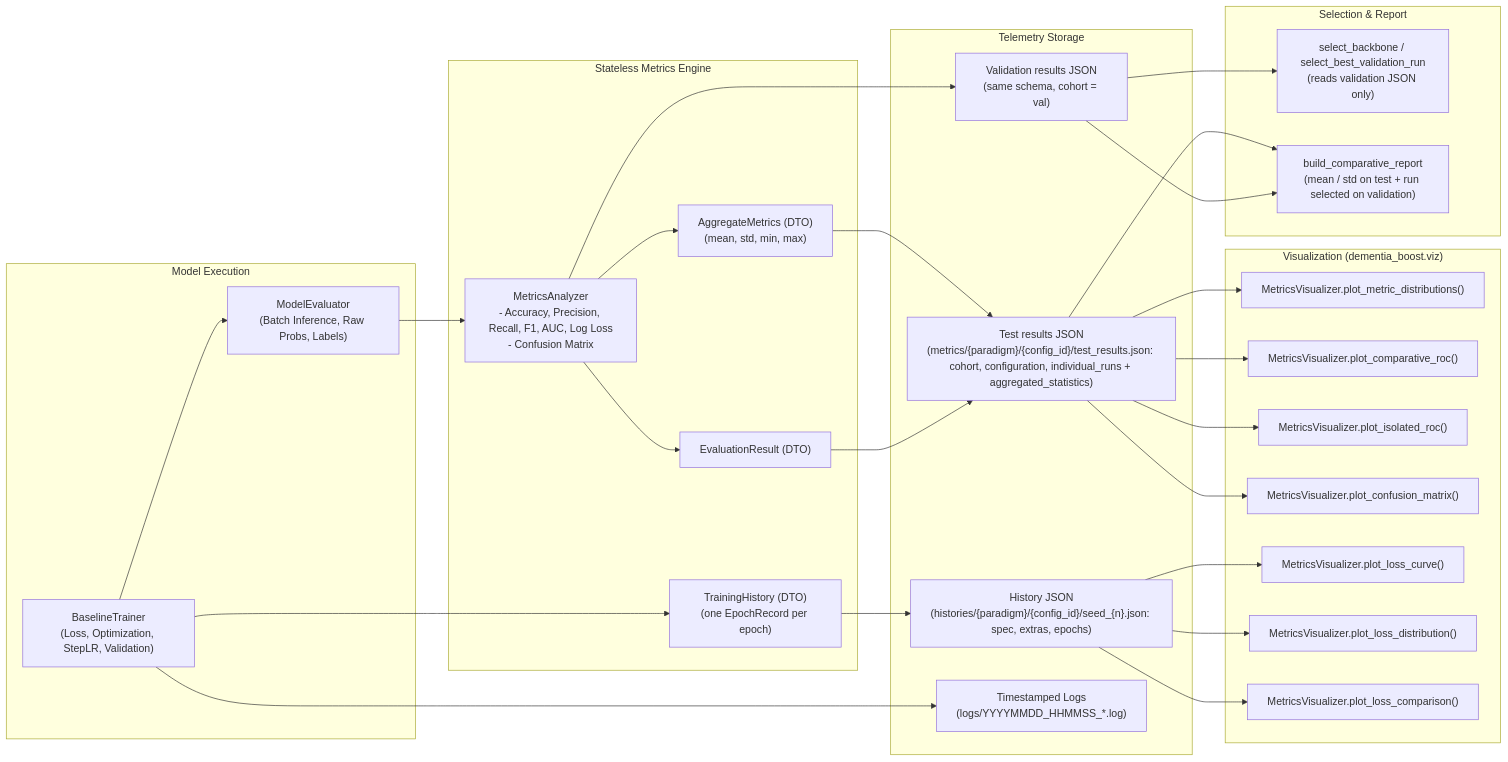
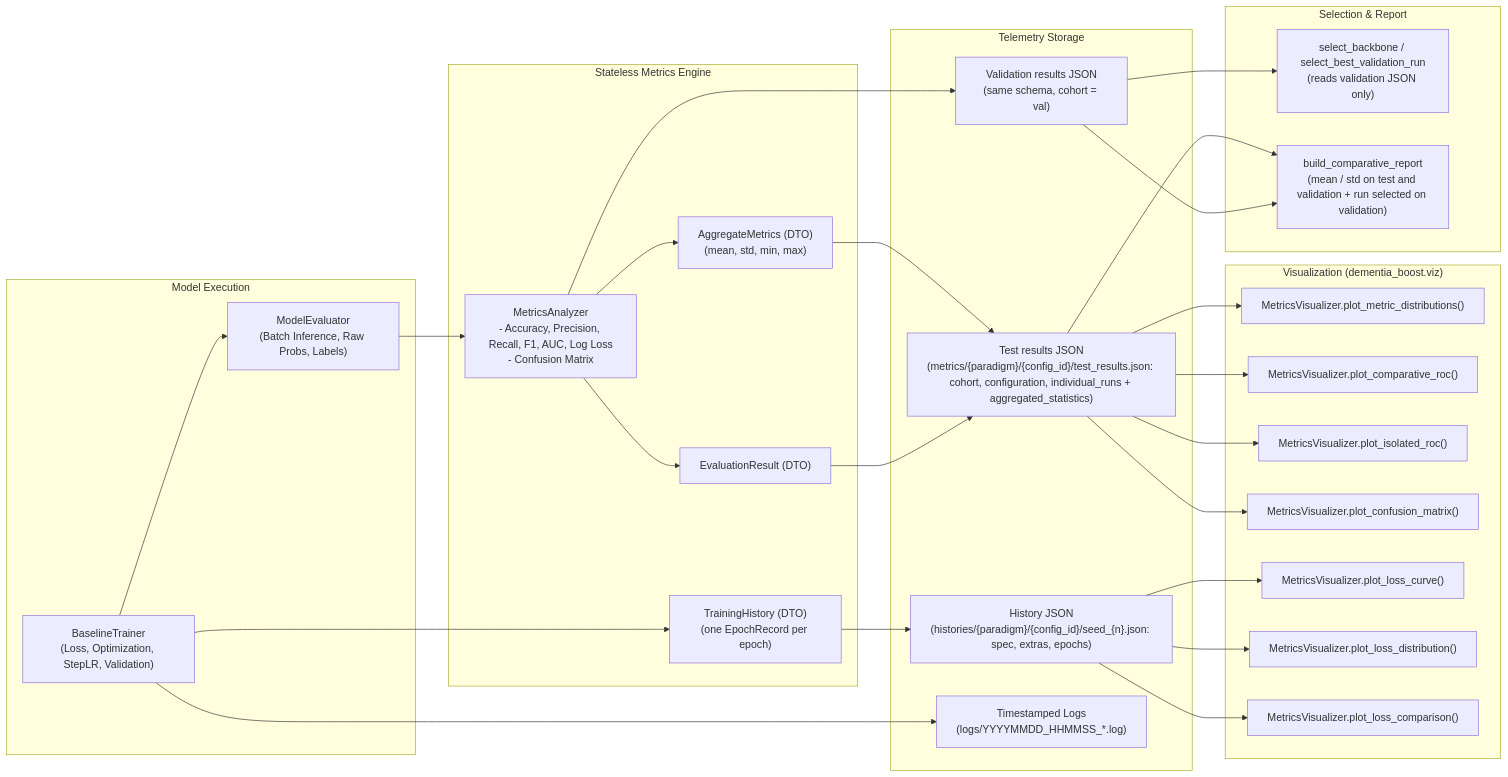
The sixth of 6 diagrams in docs/architecture.md (IC-QML-QTL-Dementia-Detection/dementia-boost), drawn with Mermaid before and after one commit. The commit also changed other lines of this file and 6 other files, not shown here.

````diff
--- a/docs/architecture.md
+++ b/docs/architecture.md
@@ -321,54 +321,54 @@
 ```mermaid
 flowchart LR
     subgraph Execution ["Model Execution"]
         TRAINER["BaselineTrainer<br/>(Loss, Optimization, StepLR, Validation)"]
         EVAL["ModelEvaluator<br/>(Batch Inference, Raw Probs, Labels)"]
     end
 
     subgraph MetricsDTO ["Stateless Metrics Engine"]
         ANALYZER["MetricsAnalyzer<br/>- Accuracy, Precision, Recall, F1, AUC, Log Loss<br/>- Confusion Matrix"]
         DTO_INDIV["EvaluationResult (DTO)"]
         DTO_AGGR["AggregateMetrics (DTO)<br/>(mean, std, min, max)"]
         DTO_HIST["TrainingHistory (DTO)<br/>(one EpochRecord per epoch)"]
     end
 
     subgraph Storage ["Telemetry Storage"]
         JSON_STORE["Test results JSON<br/>(metrics/{paradigm}/{config_id}/test_results.json: cohort, configuration, individual_runs + aggregated_statistics)"]
         JSON_VAL["Validation results JSON<br/>(same schema, cohort = val)"]
         JSON_HIST["History JSON<br/>(histories/{paradigm}/{config_id}/seed_{n}.json: spec, extras, epochs)"]
         LOGS["Timestamped Logs<br/>(logs/YYYYMMDD_HHMMSS_*.log)"]
     end
 
     subgraph Selection ["Selection & Report"]
         SELECT["select_backbone / select_best_validation_run<br/>(reads validation JSON only)"]
-        REPORT["build_comparative_report<br/>(mean / std on test + run selected on validation)"]
+        REPORT["build_comparative_report<br/>(mean / std on test and validation + run selected on validation)"]
     end
 
     subgraph Visualization ["Visualization (dementia_boost.viz)"]
         BOXPLOT["MetricsVisualizer.plot_metric_distributions()"]
         ROC_AGG["MetricsVisualizer.plot_comparative_roc()"]
         ROC_ISO["MetricsVisualizer.plot_isolated_roc()"]
         CONF_MAT["MetricsVisualizer.plot_confusion_matrix()"]
         LOSS_CURVE["MetricsVisualizer.plot_loss_curve()"]
         LOSS_DIST["MetricsVisualizer.plot_loss_distribution()"]
         LOSS_CMP["MetricsVisualizer.plot_loss_comparison()"]
     end
 
     TRAINER --> EVAL
     EVAL --> ANALYZER
     ANALYZER --> DTO_INDIV --> JSON_STORE
     ANALYZER --> DTO_AGGR --> JSON_STORE
     ANALYZER --> JSON_VAL
     JSON_VAL --> SELECT
     JSON_VAL --> REPORT
     JSON_STORE --> REPORT
     TRAINER --> LOGS
     JSON_STORE --> BOXPLOT
     JSON_STORE --> ROC_AGG
     JSON_STORE --> ROC_ISO
     JSON_STORE --> CONF_MAT
     TRAINER --> DTO_HIST --> JSON_HIST
     JSON_HIST --> LOSS_CURVE
     JSON_HIST --> LOSS_DIST
     JSON_HIST --> LOSS_CMP
 ```
````
